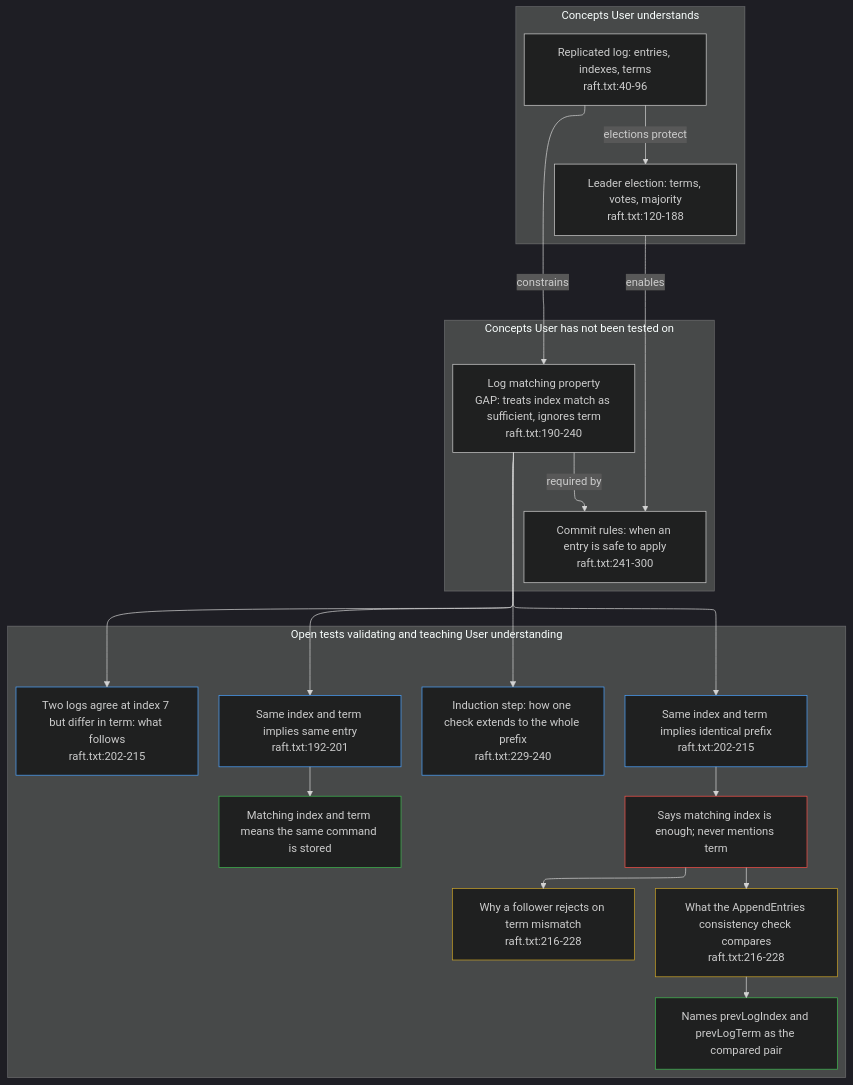
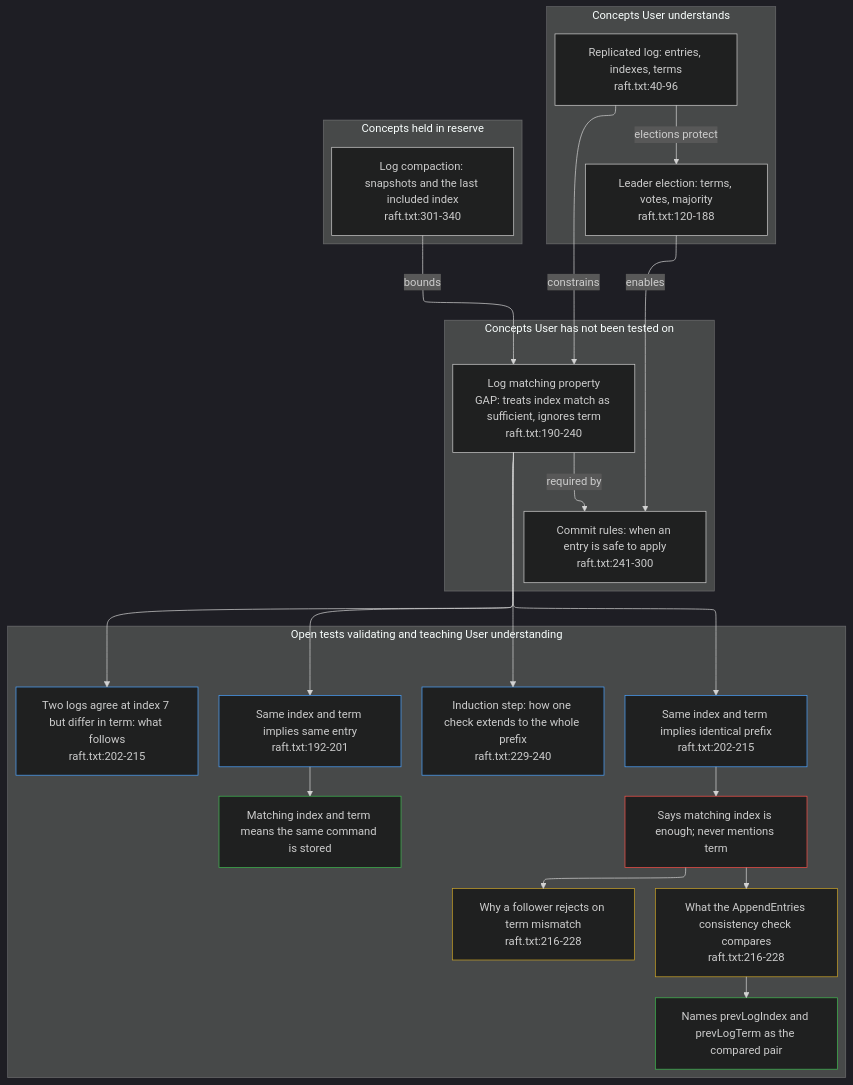
Before and after one commit to Reithan/teach-me: the first of 2 diagrams in docs/spec.md, drawn with Mermaid. The commit also changed other lines of this file, not shown here.

Commit message:
spec v0.19: reserve block, prune, activate, pruner role (#43)

````diff
--- a/docs/spec.md
+++ b/docs/spec.md
@@ -71,51 +74,55 @@
 ```mermaid
 ---
 config:
   look: classic
   darkMode: true
   theme: dark
   layout: elk
   elk:
     mergeEdges: true
     nodePlacementStrategy: NETWORK_SIMPLEX
 ---
 flowchart TB
     subgraph passed["Concepts User understands"]
         leader_election["Leader election: terms, votes, majority<br/>raft.txt:120-188"]
         replicated_log["Replicated log: entries, indexes, terms<br/>raft.txt:40-96"]
         replicated_log --"elections protect"--> leader_election
     end
     subgraph untested["Concepts User has not been tested on"]
         log_matching["Log matching property<br/>GAP: treats index match as sufficient, ignores term<br/>raft.txt:190-240"]
         commit_rules["Commit rules: when an entry is safe to apply<br/>raft.txt:241-300"]
         replicated_log --"constrains"--> log_matching
         leader_election --"enables"--> commit_rules
         log_matching --"required by"--> commit_rules
+    end
+    subgraph reserve["Concepts held in reserve"]
+        log_compaction["Log compaction: snapshots and the last included index<br/>raft.txt:301-340"]
+        log_compaction --"bounds"--> log_matching
     end
     subgraph testing["Open tests validating and teaching User understanding"]
         q1["Same index and term implies same entry<br/>raft.txt:192-201"]:::probe_1
         q2["Same index and term implies identical prefix<br/>raft.txt:202-215"]:::probe_1
         a1["Matching index and term means the same command is stored"]:::pass
         a2["Says matching index is enough; never mentions term"]:::fail
         q3["Induction step: how one check extends to the whole prefix<br/>raft.txt:229-240"]:::probe_2
         q4["Two logs agree at index 7 but differ in term: what follows<br/>raft.txt:202-215"]:::probe_2
         q5["What the AppendEntries consistency check compares<br/>raft.txt:216-228"]:::teach_3
         a5["Names prevLogIndex and prevLogTerm as the compared pair"]:::pass
         q6["Why a follower rejects on term mismatch<br/>raft.txt:216-228"]:::teach_3
         log_matching --> q1
         log_matching --> q2
         q1 --> a1
         q2 --> a2
         log_matching --> q3
         log_matching --> q4
         a2 --> q5
         q5 --> a5
         a2 --> q6
     end
     classDef probe_1,probe_2 stroke:#4aa3ff
     classDef teach_3 stroke:#c9a227
     classDef pass stroke:#3fb950
     classDef fail stroke:#f85149
     classDef unclear stroke:#d29922
     classDef pending stroke-dasharray:4 3
 ```
````
